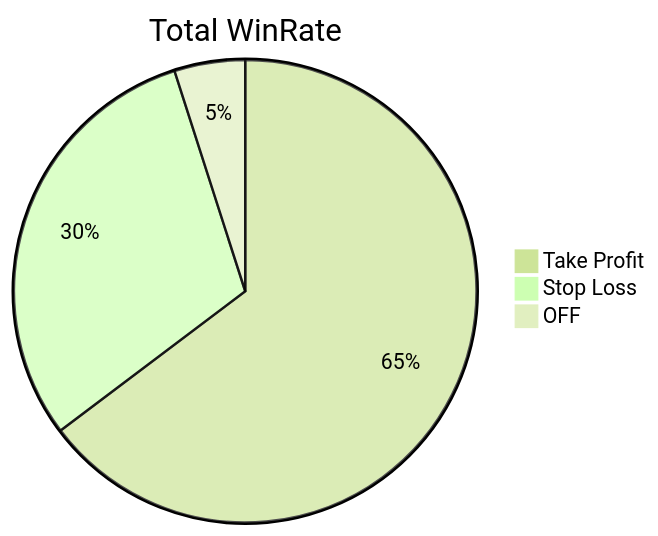
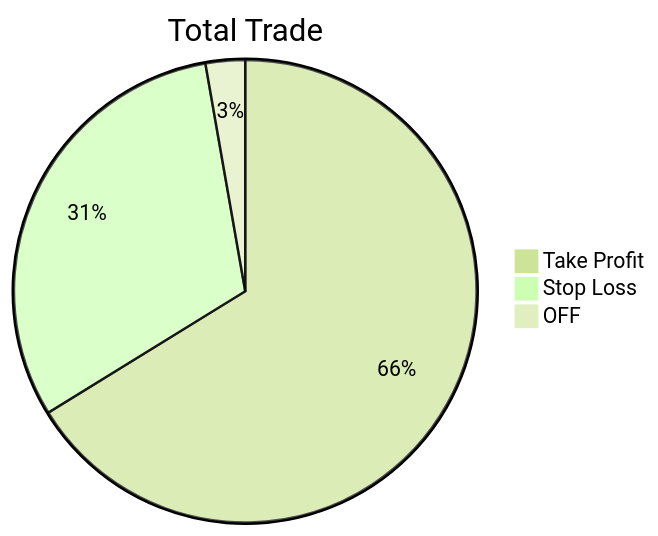
The diagram in _posts/2022-09-30-september-result.md (Bunnys666/jekyll-uno), drawn with Mermaid (forest theme) before and after one commit. The commit also changed 4 other files, not shown here.

```diff
--- a/_posts/2022-09-30-september-result.md
+++ b/_posts/2022-09-30-september-result.md
@@ -55,7 +55,7 @@
 <div class="mermaid">
 
-pie title Total WinRate
+pie title Total Trade
     "Take Profit" : 144
     "Stop Loss" : 67.5
-    "OFF" : 11
+    "OFF" : 6
 </div>
```
